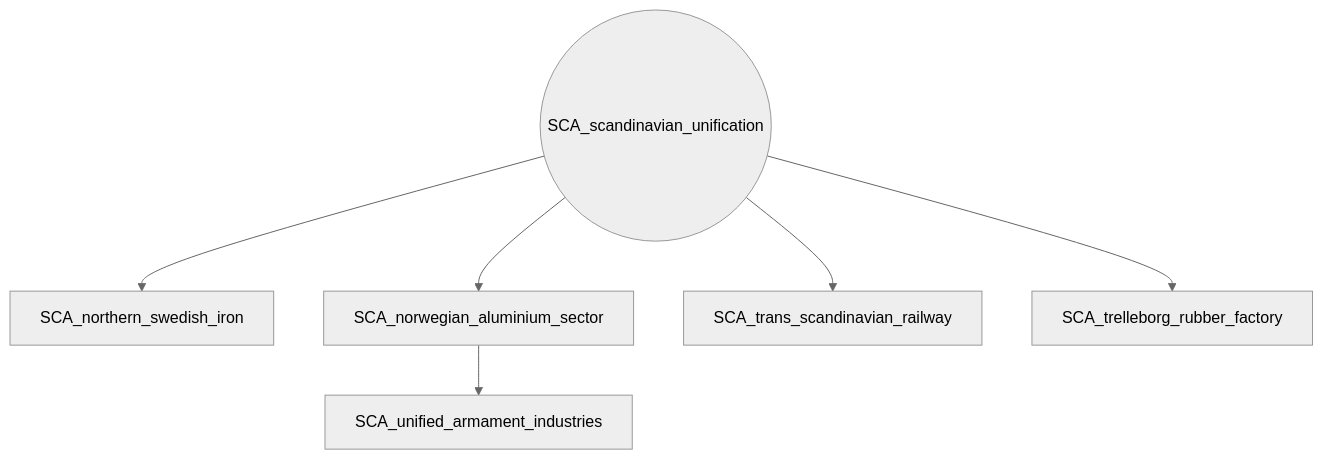
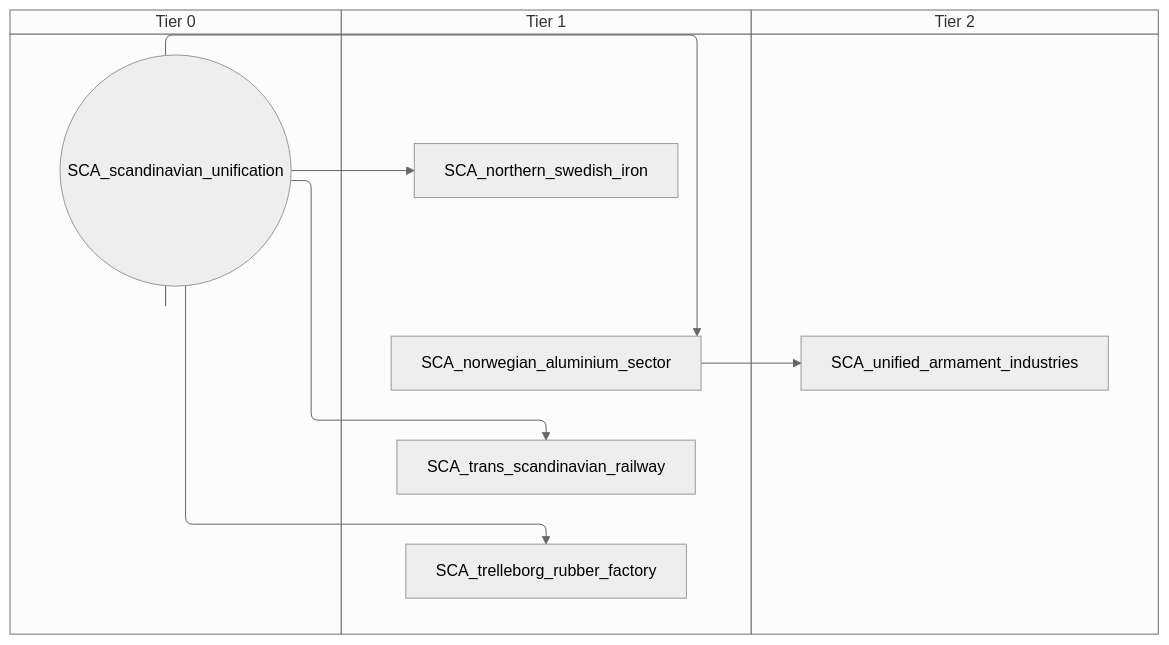
Before and after one commit to evgeny-sobol/hoi4-sandbox-mode-r56: the diagram in docs/gdd/National Focuses/r56/r56_scandinavia_shared.md, drawn with Mermaid (neutral theme). The commit also changed 423 other files, not shown here.

First line of the commit message:
Re-export Rt56 focus trees as swimlane diagrams

````diff
--- a/docs/gdd/National Focuses/r56/r56_scandinavia_shared.md
+++ b/docs/gdd/National Focuses/r56/r56_scandinavia_shared.md
@@ -3,14 +3,20 @@
 ```mermaid
-flowchart TD
-    n1["SCA_northern_swedish_iron"]
-    n2["SCA_norwegian_aluminium_sector"]
-    n3(("SCA_scandinavian_unification"))
-    n4["SCA_trans_scandinavian_railway"]
-    n5["SCA_trelleborg_rubber_factory"]
-    n6["SCA_unified_armament_industries"]
-    n3 --> n1
-    n3 --> n2
-    n3 --> n4
-    n3 --> n5
-    n2 --> n6
+swimlane-beta TD
+    subgraph tier_0["Tier 0"]
+        n1(("SCA_scandinavian_unification"))
+    end
+    subgraph tier_1["Tier 1"]
+        n2["SCA_northern_swedish_iron"]
+        n3["SCA_norwegian_aluminium_sector"]
+        n4["SCA_trans_scandinavian_railway"]
+        n5["SCA_trelleborg_rubber_factory"]
+    end
+    subgraph tier_2["Tier 2"]
+        n6["SCA_unified_armament_industries"]
+    end
+    n1 --> n2
+    n1 --> n3
+    n1 --> n4
+    n1 --> n5
+    n3 --> n6
 ```
````
